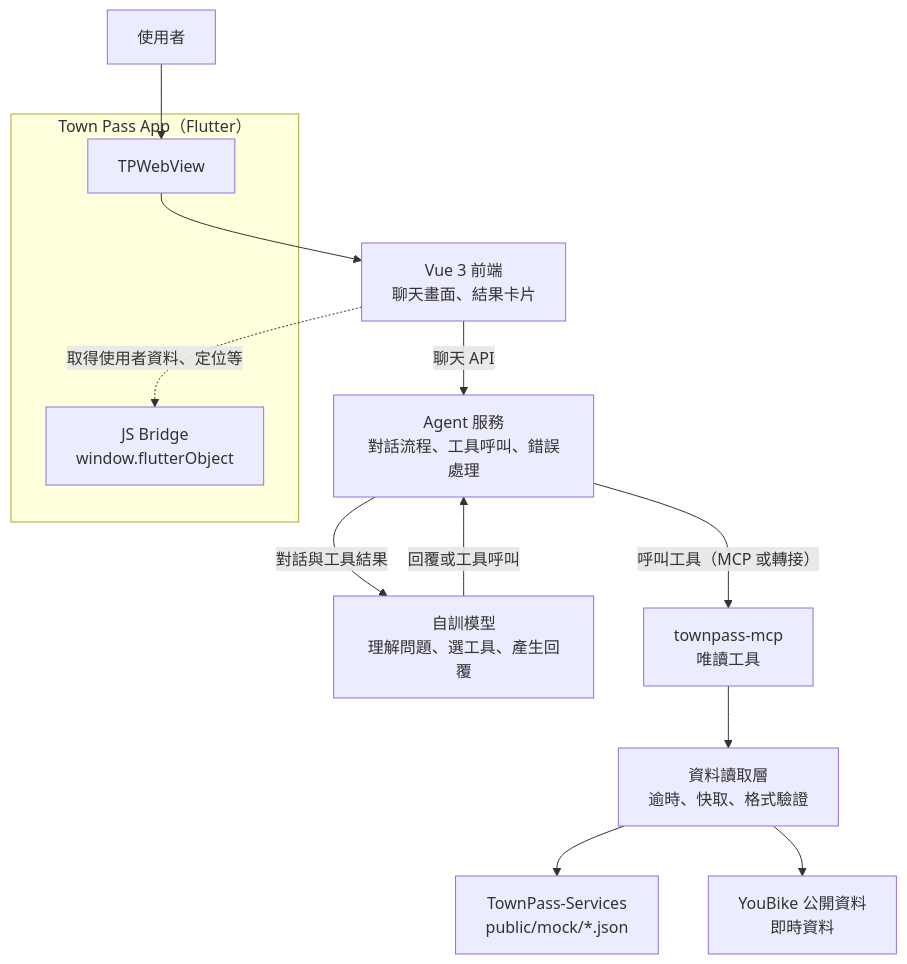
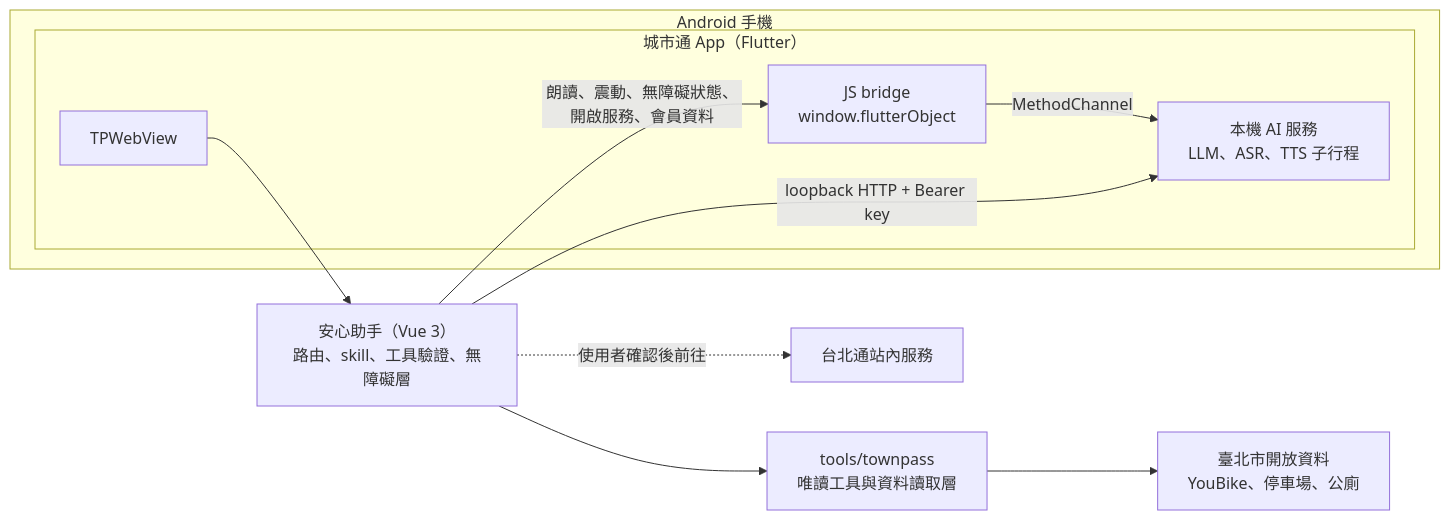
One commit to Twcat0503/2026_taipei_codefest changed the diagram in README.md. Above: the diagram before and after it, drawn with Mermaid. The commit also changed other lines of this file and 15 other files, not shown here.

````diff
--- a/README.md
+++ b/README.md
@@ -10,17 +45,17 @@
 ```mermaid
-flowchart TB
-  User["使用者"] --> WebView
-  subgraph App["Town Pass App（Flutter）"]
-    WebView["TPWebView"]
-    Bridge["JS Bridge<br/>window.flutterObject"]
+flowchart LR
+  subgraph Phone["Android 手機"]
+    subgraph App["城市通 App（Flutter）"]
+      WebView["TPWebView"]
+      Bridge["JS bridge<br/>window.flutterObject"]
+      Native["本機 AI 服務<br/>LLM、ASR、TTS 子行程"]
+    end
   end
-  WebView --> Front["Vue 3 前端<br/>聊天畫面、結果卡片"]
-  Front -. "取得使用者資料、定位等" .-> Bridge
-  Front -- "聊天 API" --> Agent["Agent 服務<br/>對話流程、工具呼叫、錯誤處理"]
-  Agent -- "對話與工具結果" --> Model["自訓模型<br/>理解問題、選工具、產生回覆"]
-  Model -- "回覆或工具呼叫" --> Agent
-  Agent -- "呼叫工具（MCP 或轉接）" --> MCP["townpass-mcp<br/>唯讀工具"]
-  MCP --> DAL["資料讀取層<br/>逾時、快取、格式驗證"]
-  DAL --> Mock["TownPass-Services<br/>public/mock/*.json"]
-  DAL --> YouBike["YouBike 公開資料<br/>即時資料"]
+  WebView --> Agent["安心助手（Vue 3）<br/>路由、skill、工具驗證、無障礙層"]
+  Agent -- "朗讀、震動、無障礙狀態、開啟服務、會員資料" --> Bridge
+  Bridge -- "MethodChannel" --> Native
+  Agent -- "loopback HTTP + Bearer key" --> Native
+  Agent --> Tools["tools/townpass<br/>唯讀工具與資料讀取層"]
+  Tools --> OpenData["臺北市開放資料<br/>YouBike、停車場、公廁"]
+  Agent -. "使用者確認後前往" .-> Services["台北通站內服務"]
 ```
````
